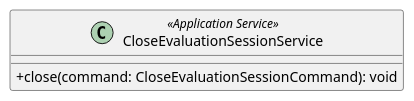
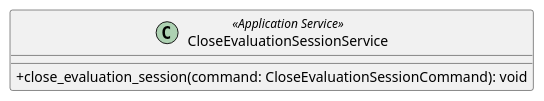
One commit to GroupRubberDuck/Documentazione changed the diagram in src/PB/DocumentazioneEsterna/Specifica_Tecnica/content/uml/puml/Diagrammi_classi/Backend/ApplicationServices/CloseEvaluationSessionService.puml. Above: the diagram before and after it, drawn with PlantUML. The commit also changed 34 other files, not shown here.

```diff
--- a/src/PB/DocumentazioneEsterna/Specifica_Tecnica/content/uml/puml/Diagrammi_classi/Backend/ApplicationServices/CloseEvaluationSessionService.puml
+++ b/src/PB/DocumentazioneEsterna/Specifica_Tecnica/content/uml/puml/Diagrammi_classi/Backend/ApplicationServices/CloseEvaluationSessionService.puml
@@ -1,6 +1,6 @@
 @startuml CloseEvaluationSessionService
 skinparam classAttributeIconSize 0
 class CloseEvaluationSessionService <<Application Service>> {
-    + close(command: CloseEvaluationSessionCommand): void
+    + close_evaluation_session(command: CloseEvaluationSessionCommand): void
 }
 @enduml
```
